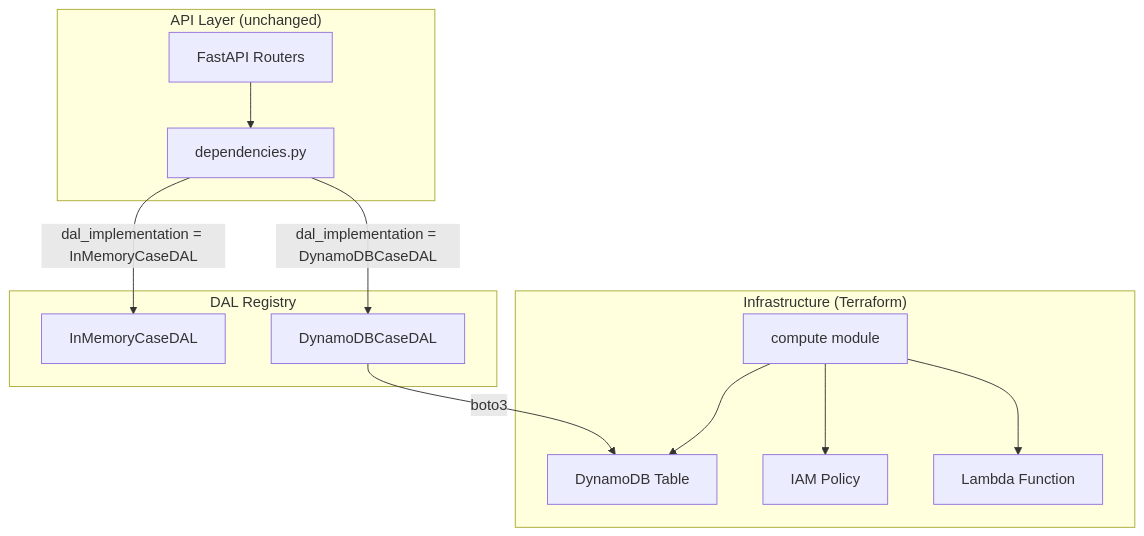
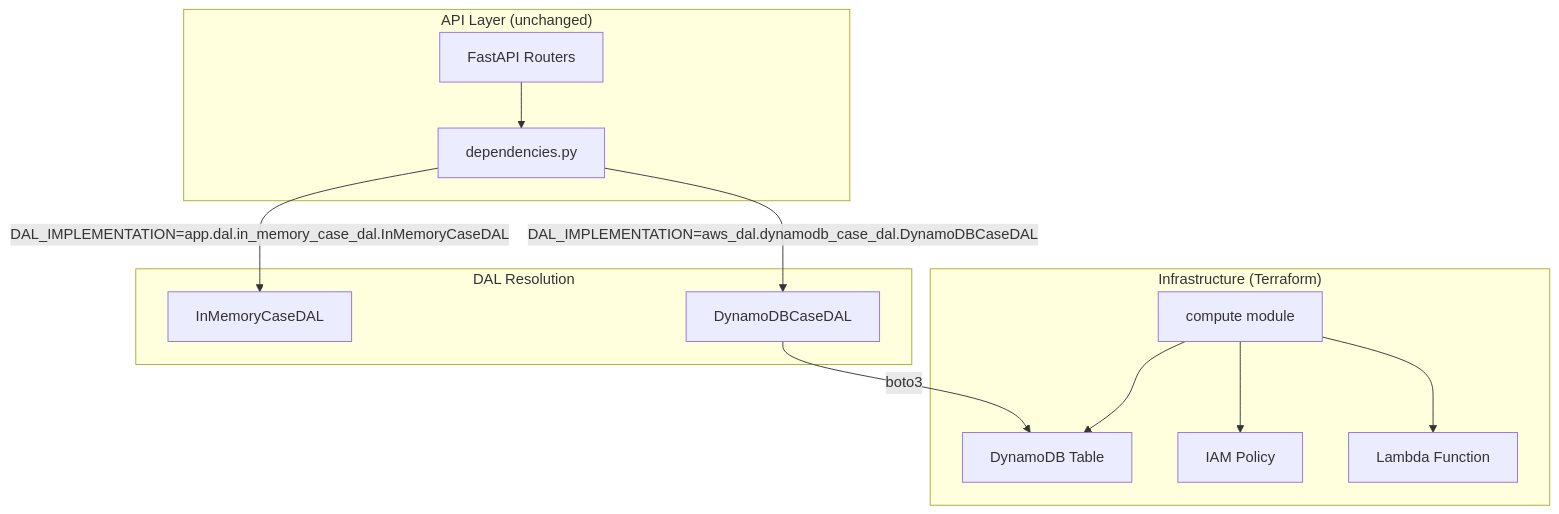
The diagram in .kiro/specs/dynamodb-backend/design.md (Ivesey/kiro-mc-api), drawn with Mermaid before and after one commit. The commit also changed other lines of this file and 15 other files, not shown here.

````diff
--- a/.kiro/specs/dynamodb-backend/design.md
+++ b/.kiro/specs/dynamodb-backend/design.md
@@ -15,22 +15,22 @@
 ```mermaid
 graph TD
     subgraph "API Layer (unchanged)"
         R[FastAPI Routers]
         D[dependencies.py]
     end
 
-    subgraph "DAL Registry"
-        D --> |"dal_implementation = InMemoryCaseDAL"| IM[InMemoryCaseDAL]
-        D --> |"dal_implementation = DynamoDBCaseDAL"| DDB[DynamoDBCaseDAL]
+    subgraph "DAL Resolution"
+        D --> |"DAL_IMPLEMENTATION=app.dal.in_memory_case_dal.InMemoryCaseDAL"| IM[InMemoryCaseDAL]
+        D --> |"DAL_IMPLEMENTATION=aws_dal.dynamodb_case_dal.DynamoDBCaseDAL"| DDB[DynamoDBCaseDAL]
     end
 
     subgraph "Infrastructure (Terraform)"
         TF[compute module] --> TABLE[DynamoDB Table]
         TF --> IAM[IAM Policy]
         TF --> LAMBDA[Lambda Function]
     end
 
     DDB --> |boto3| TABLE
 
     R --> D
 ```
````
